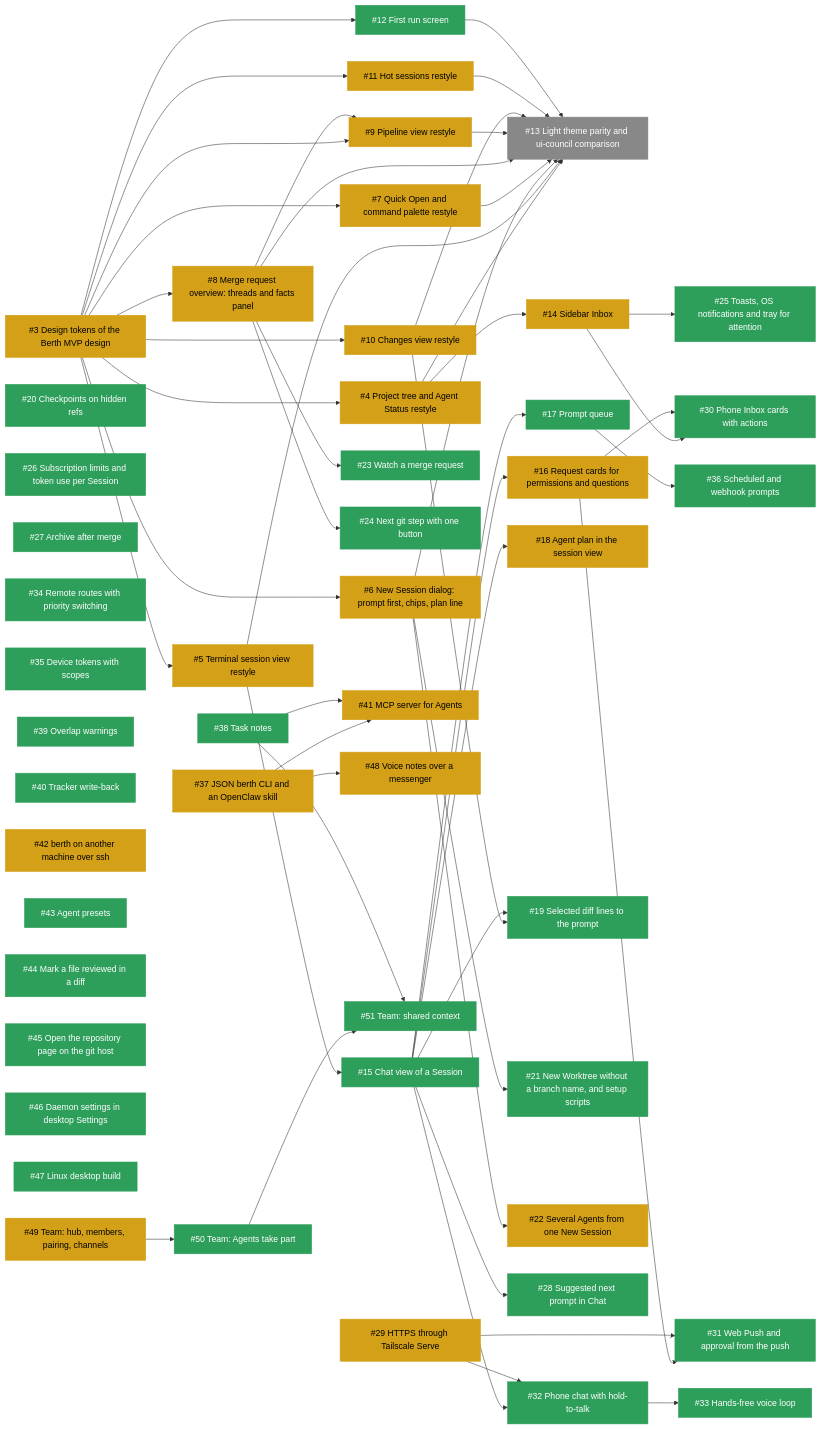
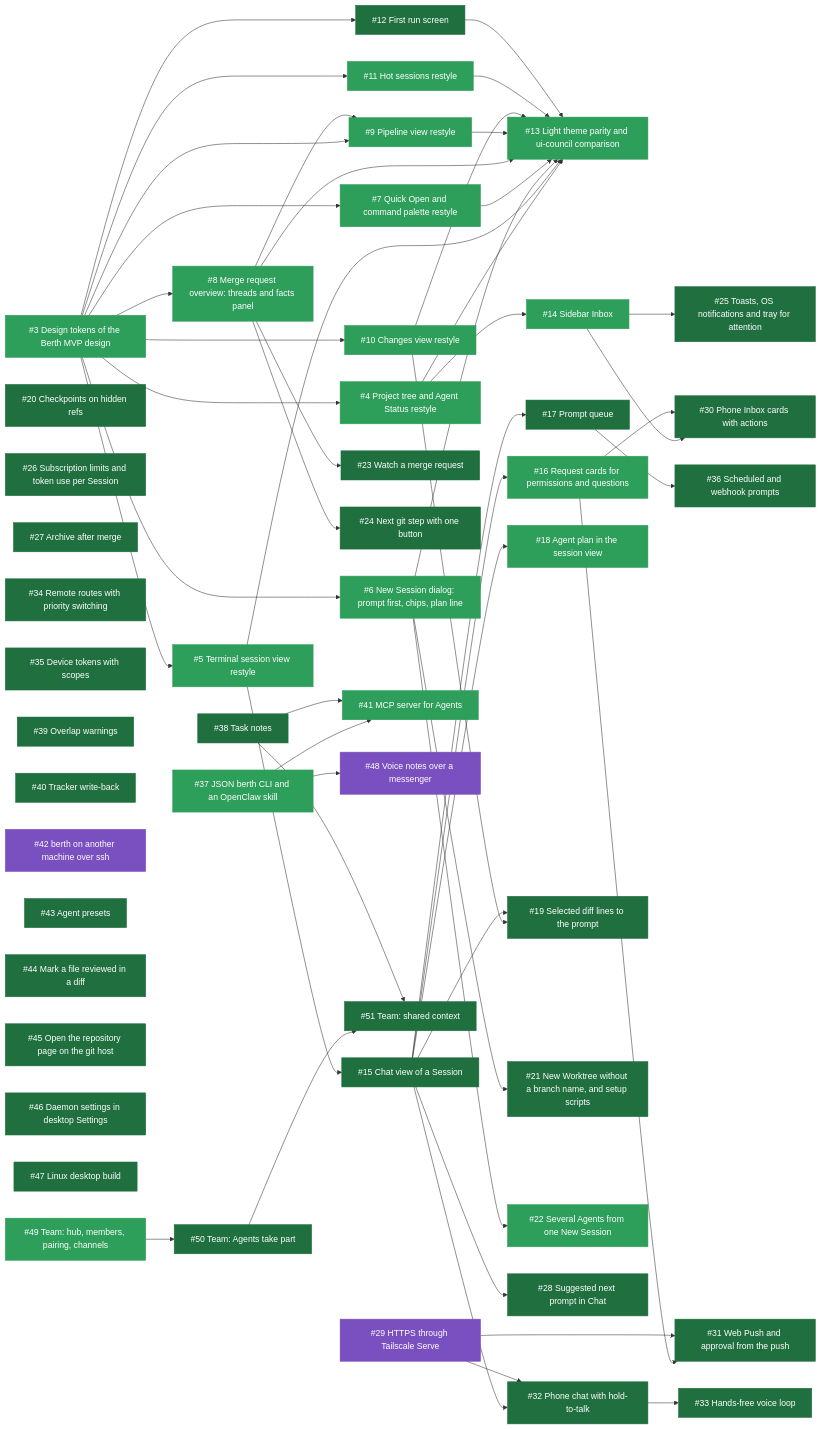
One commit to PetukhovArt/berth changed the diagram in STATUS.md. Above: the diagram before and after it, drawn with Mermaid. The commit also changed other lines of this file, not shown here.

Commit message:
docs: Refresh STATUS.md

````diff
--- a/STATUS.md
+++ b/STATUS.md
@@ -7,26 +7,26 @@
 ```mermaid
 graph LR
-  i3["#3 Design tokens of the Berth MVP design"]:::partial
-  i4["#4 Project tree and Agent Status restyle"]:::partial
+  i3["#3 Design tokens of the Berth MVP design"]:::done
+  i4["#4 Project tree and Agent Status restyle"]:::done
   i3 --> i4
-  i5["#5 Terminal session view restyle"]:::partial
+  i5["#5 Terminal session view restyle"]:::done
   i3 --> i5
-  i6["#6 New Session dialog: prompt first, chips, plan line"]:::partial
+  i6["#6 New Session dialog: prompt first, chips, plan line"]:::done
   i3 --> i6
-  i7["#7 Quick Open and command palette restyle"]:::partial
+  i7["#7 Quick Open and command palette restyle"]:::done
   i3 --> i7
-  i8["#8 Merge request overview: threads and facts panel"]:::partial
+  i8["#8 Merge request overview: threads and facts panel"]:::done
   i3 --> i8
-  i9["#9 Pipeline view restyle"]:::partial
+  i9["#9 Pipeline view restyle"]:::done
   i3 --> i9
   i8 --> i9
-  i10["#10 Changes view restyle"]:::partial
+  i10["#10 Changes view restyle"]:::done
   i3 --> i10
-  i11["#11 Hot sessions restyle"]:::partial
+  i11["#11 Hot sessions restyle"]:::done
   i3 --> i11
-  i12["#12 First run screen"]:::done
+  i12["#12 First run screen"]:::closed
   i3 --> i12
-  i13["#13 Light theme parity and ui-council comparison"]:::todo
+  i13["#13 Light theme parity and ui-council comparison"]:::done
   i4 --> i13
   i5 --> i13
   i6 --> i13
@@ -36,73 +36,74 @@
   i10 --> i13
   i11 --> i13
   i12 --> i13
-  i14["#14 Sidebar Inbox"]:::partial
+  i14["#14 Sidebar Inbox"]:::done
   i4 --> i14
-  i15["#15 Chat view of a Session"]:::done
+  i15["#15 Chat view of a Session"]:::closed
   i5 --> i15
-  i16["#16 Request cards for permissions and questions"]:::partial
+  i16["#16 Request cards for permissions and questions"]:::done
   i15 --> i16
-  i17["#17 Prompt queue"]:::done
+  i17["#17 Prompt queue"]:::closed
   i15 --> i17
-  i18["#18 Agent plan in the session view"]:::partial
+  i18["#18 Agent plan in the session view"]:::done
   i15 --> i18
-  i19["#19 Selected diff lines to the prompt"]:::done
+  i19["#19 Selected diff lines to the prompt"]:::closed
   i10 --> i19
   i15 --> i19
-  i20["#20 Checkpoints on hidden refs"]:::done
-  i21["#21 New Worktree without a branch name, and setup scripts"]:::done
+  i20["#20 Checkpoints on hidden refs"]:::closed
+  i21["#21 New Worktree without a branch name, and setup scripts"]:::closed
   i6 --> i21
-  i22["#22 Several Agents from one New Session"]:::partial
+  i22["#22 Several Agents from one New Session"]:::done
   i6 --> i22
-  i23["#23 Watch a merge request"]:::done
+  i23["#23 Watch a merge request"]:::closed
   i8 --> i23
-  i24["#24 Next git step with one button"]:::done
+  i24["#24 Next git step with one button"]:::closed
   i8 --> i24
-  i25["#25 Toasts, OS notifications and tray for attention"]:::done
+  i25["#25 Toasts, OS notifications and tray for attention"]:::closed
   i14 --> i25
-  i26["#26 Subscription limits and token use per Session"]:::done
-  i27["#27 Archive after merge"]:::done
-  i28["#28 Suggested next prompt in Chat"]:::done
+  i26["#26 Subscription limits and token use per Session"]:::closed
+  i27["#27 Archive after merge"]:::closed
+  i28["#28 Suggested next prompt in Chat"]:::closed
   i15 --> i28
-  i29["#29 HTTPS through Tailscale Serve"]:::partial
-  i30["#30 Phone Inbox cards with actions"]:::done
+  i29["#29 HTTPS through Tailscale Serve"]:::parked
+  i30["#30 Phone Inbox cards with actions"]:::closed
   i14 --> i30
   i16 --> i30
-  i31["#31 Web Push and approval from the push"]:::done
+  i31["#31 Web Push and approval from the push"]:::closed
   i16 --> i31
   i29 --> i31
-  i32["#32 Phone chat with hold-to-talk"]:::done
+  i32["#32 Phone chat with hold-to-talk"]:::closed
   i15 --> i32
   i29 --> i32
-  i33["#33 Hands-free voice loop"]:::done
+  i33["#33 Hands-free voice loop"]:::closed
   i32 --> i33
-  i34["#34 Remote routes with priority switching"]:::done
-  i35["#35 Device tokens with scopes"]:::done
-  i36["#36 Scheduled and webhook prompts"]:::done
+  i34["#34 Remote routes with priority switching"]:::closed
+  i35["#35 Device tokens with scopes"]:::closed
+  i36["#36 Scheduled and webhook prompts"]:::closed
   i17 --> i36
-  i37["#37 JSON berth CLI and an OpenClaw skill"]:::partial
-  i38["#38 Task notes"]:::done
-  i39["#39 Overlap warnings"]:::done
-  i40["#40 Tracker write-back"]:::done
-  i41["#41 MCP server for Agents"]:::partial
+  i37["#37 JSON berth CLI and an OpenClaw skill"]:::done
+  i38["#38 Task notes"]:::closed
+  i39["#39 Overlap warnings"]:::closed
+  i40["#40 Tracker write-back"]:::closed
+  i41["#41 MCP server for Agents"]:::done
   i37 --> i41
   i38 --> i41
-  i42["#42 berth on another machine over ssh"]:::partial
-  i43["#43 Agent presets"]:::done
-  i44["#44 Mark a file reviewed in a diff"]:::done
-  i45["#45 Open the repository page on the git host"]:::done
-  i46["#46 Daemon settings in desktop Settings"]:::done
-  i47["#47 Linux desktop build"]:::done
-  i48["#48 Voice notes over a messenger"]:::partial
+  i42["#42 berth on another machine over ssh"]:::parked
+  i43["#43 Agent presets"]:::closed
+  i44["#44 Mark a file reviewed in a diff"]:::closed
+  i45["#45 Open the repository page on the git host"]:::closed
+  i46["#46 Daemon settings in desktop Settings"]:::closed
+  i47["#47 Linux desktop build"]:::closed
+  i48["#48 Voice notes over a messenger"]:::parked
   i37 --> i48
-  i49["#49 Team: hub, members, pairing, channels"]:::partial
-  i50["#50 Team: Agents take part"]:::done
+  i49["#49 Team: hub, members, pairing, channels"]:::done
+  i50["#50 Team: Agents take part"]:::closed
   i49 --> i50
-  i51["#51 Team: shared context"]:::done
+  i51["#51 Team: shared context"]:::closed
   i50 --> i51
   i38 --> i51
   classDef closed fill:#1f6f3f,color:#fff,stroke:#1f6f3f
   classDef done fill:#2e9e5b,color:#fff,stroke:#2e9e5b
   classDef partial fill:#d4a017,color:#000,stroke:#d4a017
+  classDef parked fill:#7a4fbf,color:#fff,stroke:#7a4fbf
   classDef todo fill:#888,color:#fff,stroke:#888
 ```
````
